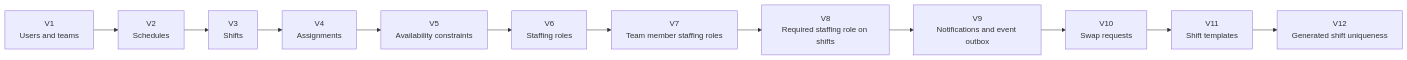
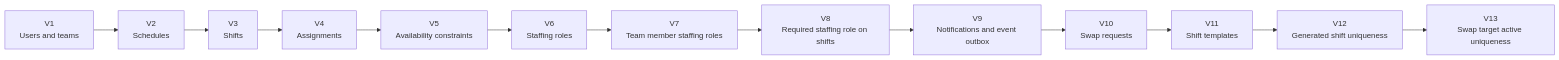
Before and after one commit to HiliMor/shift-management-system: diagram 20 of 20 in docs/current-backend-architecture.md, drawn with Mermaid. The commit also changed other lines of this file and 21 other files, not shown here.

````diff
--- a/docs/current-backend-architecture.md
+++ b/docs/current-backend-architecture.md
@@ -727,17 +755,18 @@
 ```mermaid
 flowchart LR
     v1["V1<br/>Users and teams"]
     v2["V2<br/>Schedules"]
     v3["V3<br/>Shifts"]
     v4["V4<br/>Assignments"]
     v5["V5<br/>Availability constraints"]
     v6["V6<br/>Staffing roles"]
     v7["V7<br/>Team member staffing roles"]
     v8["V8<br/>Required staffing role on shifts"]
     v9["V9<br/>Notifications and event outbox"]
     v10["V10<br/>Swap requests"]
     v11["V11<br/>Shift templates"]
     v12["V12<br/>Generated shift uniqueness"]
+    v13["V13<br/>Swap target active uniqueness"]
 
-    v1 --> v2 --> v3 --> v4 --> v5 --> v6 --> v7 --> v8 --> v9 --> v10 --> v11 --> v12
+    v1 --> v2 --> v3 --> v4 --> v5 --> v6 --> v7 --> v8 --> v9 --> v10 --> v11 --> v12 --> v13
 ```
````
